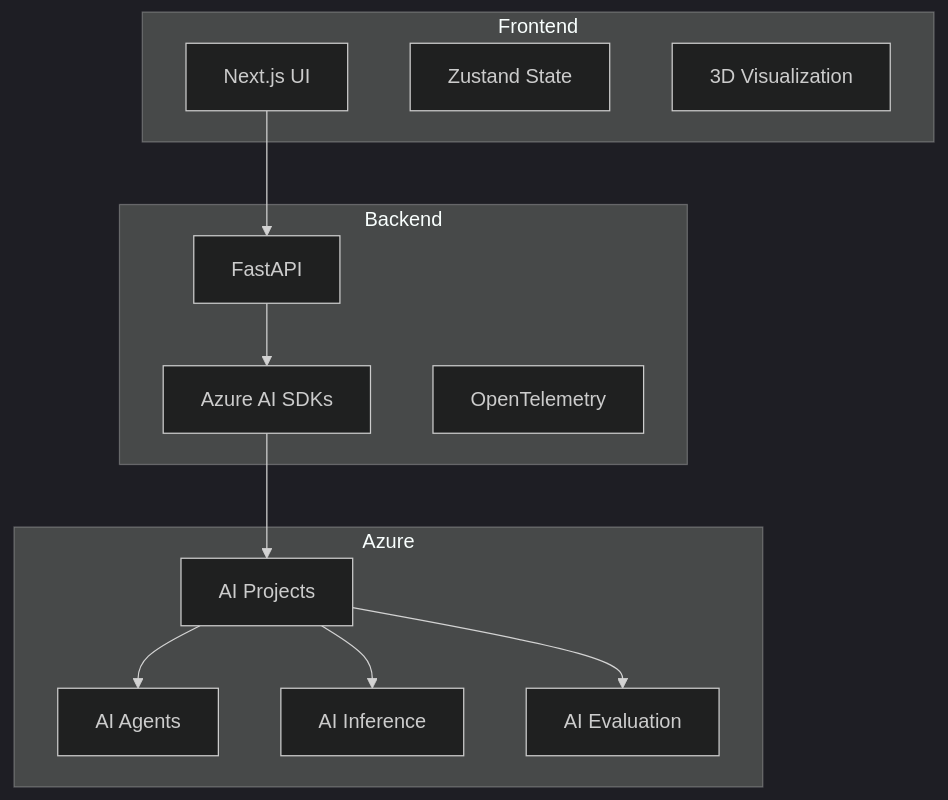
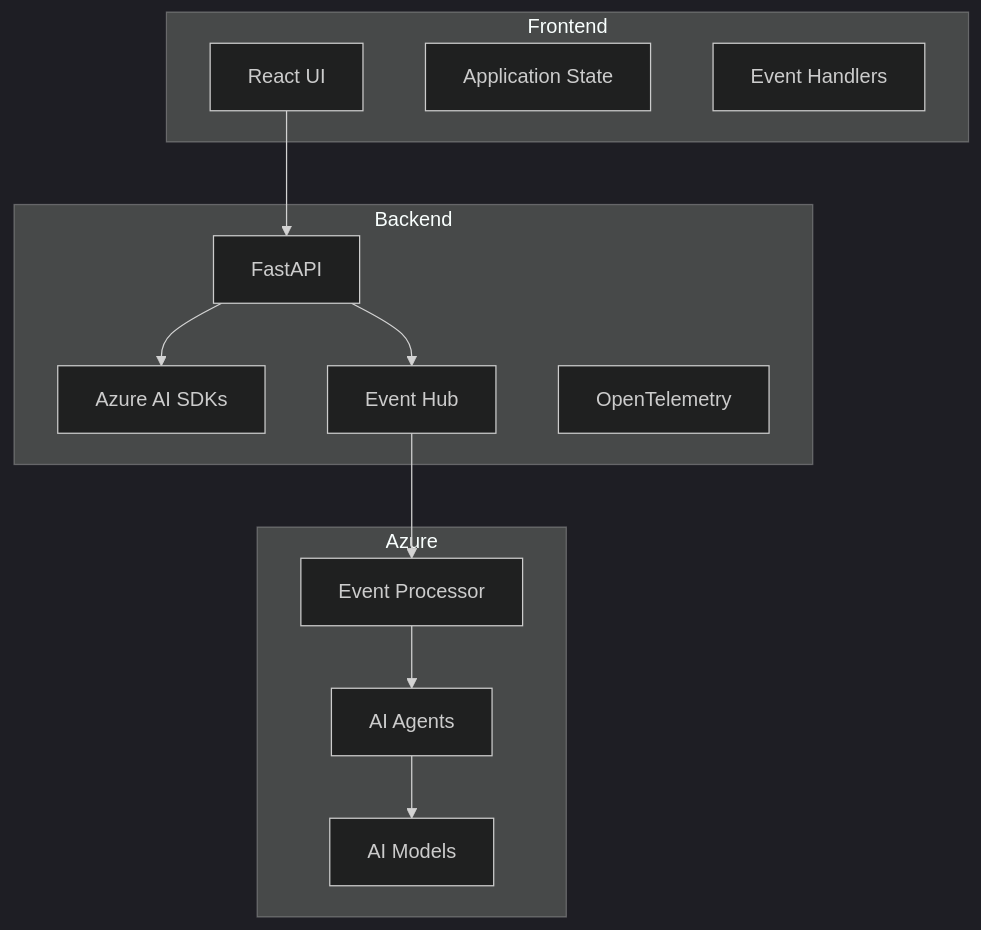
The diagram in 3-ai-native-e2e-sample/README.md (yujeny/ai-foundry-workshop), drawn with Mermaid (dark theme) before and after one commit. The commit also changed other lines of this file and 2 other files, not shown here.

````diff
--- a/3-ai-native-e2e-sample/README.md
+++ b/3-ai-native-e2e-sample/README.md
@@ -110,28 +116,28 @@
 ```mermaid
 graph TB
     subgraph Frontend
-        UI[Next.js UI]
-        State[Zustand State]
-        Viz[3D Visualization]
+        UI[React UI]
+        State[Application State]
+        Events[Event Handlers]
     end
     
     subgraph Backend
         API[FastAPI]
         AI[Azure AI SDKs]
+        EventHub[Event Hub]
         Monitor[OpenTelemetry]
     end
     
     subgraph Azure
-        Projects[AI Projects]
         Agents[AI Agents]
-        Inference[AI Inference]
-        Eval[AI Evaluation]
+        Models[AI Models]
+        EventProcessor[Event Processor]
     end
     
     UI --> API
     API --> AI
-    AI --> Projects
-    Projects --> Agents
-    Projects --> Inference
-    Projects --> Eval
+    API --> EventHub
+    EventHub --> EventProcessor
+    EventProcessor --> Agents
+    Agents --> Models
 ```
````
